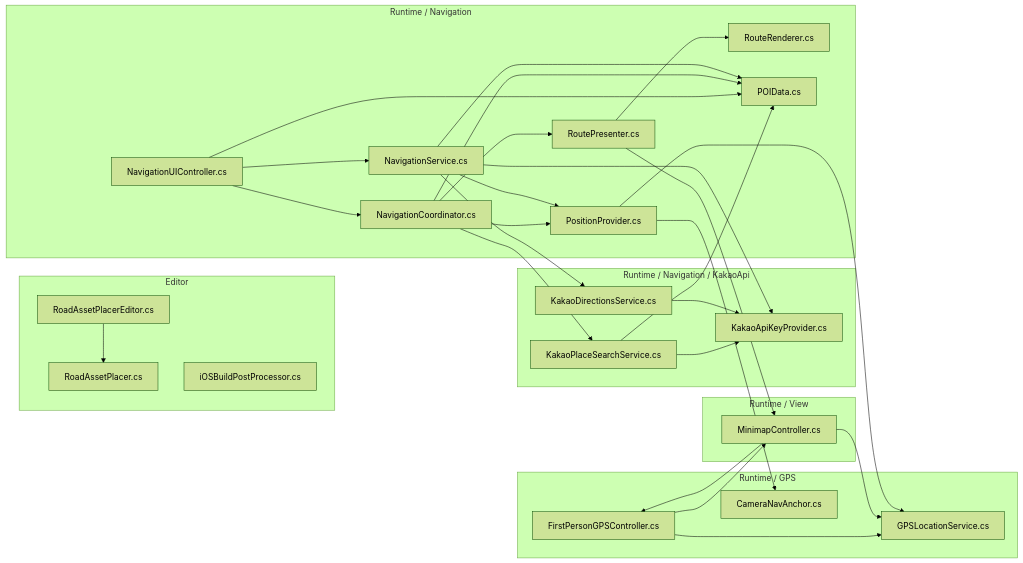
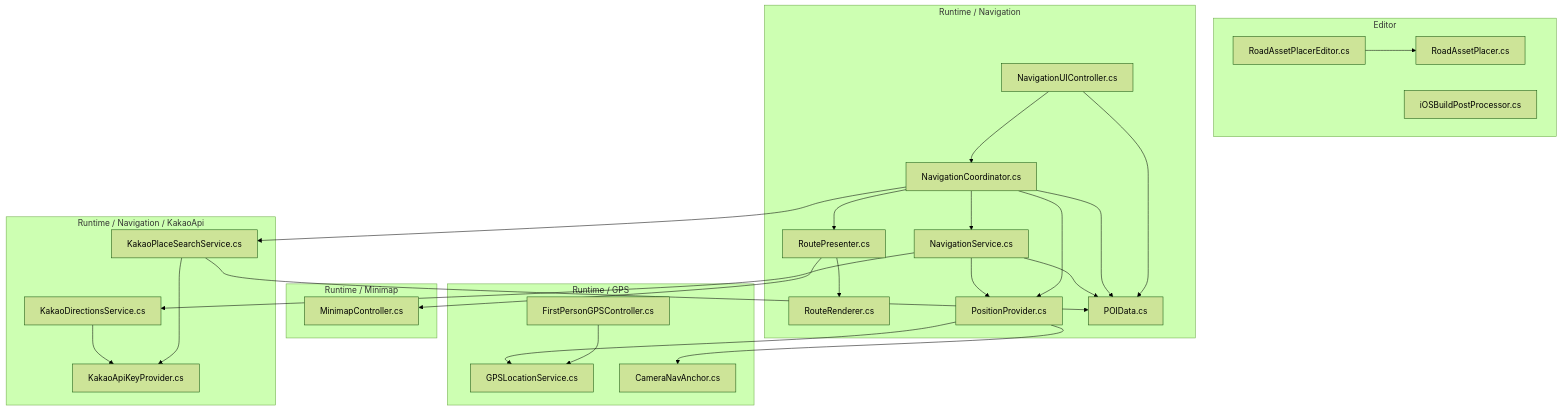
Before and after one commit to rugem33/3D_Digital_twin: the diagram in PIPELINE_OVERVIEW.md, drawn with Mermaid (forest theme). The commit also changed other lines of this file and 5 other files, not shown here.

````diff
--- a/PIPELINE_OVERVIEW.md
+++ b/PIPELINE_OVERVIEW.md
@@ -4,67 +5,62 @@
 ```mermaid
-flowchart LR
+flowchart TD
     subgraph Editor["Editor"]
         RoadAssetPlacerEditor["RoadAssetPlacerEditor.cs"]
         IOSBuildPostProcessor["iOSBuildPostProcessor.cs"]
         RoadAssetPlacer["RoadAssetPlacer.cs"]
     end
 
     subgraph GPS["Runtime / GPS"]
+        FirstPersonGPSController["FirstPersonGPSController.cs"]
         GPSLocationService["GPSLocationService.cs"]
-        FirstPersonGPSController["FirstPersonGPSController.cs"]
         CameraNavAnchor["CameraNavAnchor.cs"]
+    end
+
+    subgraph Minimap["Runtime / Minimap"]
+        MinimapController["MinimapController.cs"]
     end
 
     subgraph Navigation["Runtime / Navigation"]
         NavigationUIController["NavigationUIController.cs"]
+        NavigationCoordinator["NavigationCoordinator.cs"]
         NavigationService["NavigationService.cs"]
-        NavigationCoordinator["NavigationCoordinator.cs"]
         RoutePresenter["RoutePresenter.cs"]
+        RouteRenderer["RouteRenderer.cs"]
         PositionProvider["PositionProvider.cs"]
-        RouteRenderer["RouteRenderer.cs"]
         POIData["POIData.cs"]
     end
 
     subgraph Kakao["Runtime / Navigation / KakaoApi"]
         KakaoPlaceSearchService["KakaoPlaceSearchService.cs"]
         KakaoDirectionsService["KakaoDirectionsService.cs"]
         KakaoApiKeyProvider["KakaoApiKeyProvider.cs"]
     end
 
-    subgraph View["Runtime / View"]
-        MinimapController["MinimapController.cs"]
-    end
-
     RoadAssetPlacerEditor --> RoadAssetPlacer
 
     FirstPersonGPSController --> GPSLocationService
-    FirstPersonGPSController --> MinimapController
 
-    MinimapController --> GPSLocationService
-    MinimapController --> FirstPersonGPSController
-
-    NavigationUIController --> NavigationService
     NavigationUIController --> NavigationCoordinator
     NavigationUIController --> POIData
 
+    NavigationCoordinator --> NavigationService
     NavigationCoordinator --> KakaoPlaceSearchService
     NavigationCoordinator --> RoutePresenter
     NavigationCoordinator --> PositionProvider
     NavigationCoordinator --> POIData
+
+    NavigationService --> PositionProvider
+    NavigationService --> KakaoDirectionsService
+    NavigationService --> POIData
 
     RoutePresenter --> RouteRenderer
     RoutePresenter --> MinimapController
 
     PositionProvider --> GPSLocationService
     PositionProvider --> CameraNavAnchor
 
-    NavigationService --> PositionProvider
-    NavigationService --> KakaoDirectionsService
-    NavigationService --> KakaoApiKeyProvider
-    NavigationService --> POIData
-
     KakaoPlaceSearchService --> KakaoApiKeyProvider
     KakaoPlaceSearchService --> POIData
 
     KakaoDirectionsService --> KakaoApiKeyProvider
 ```
````
